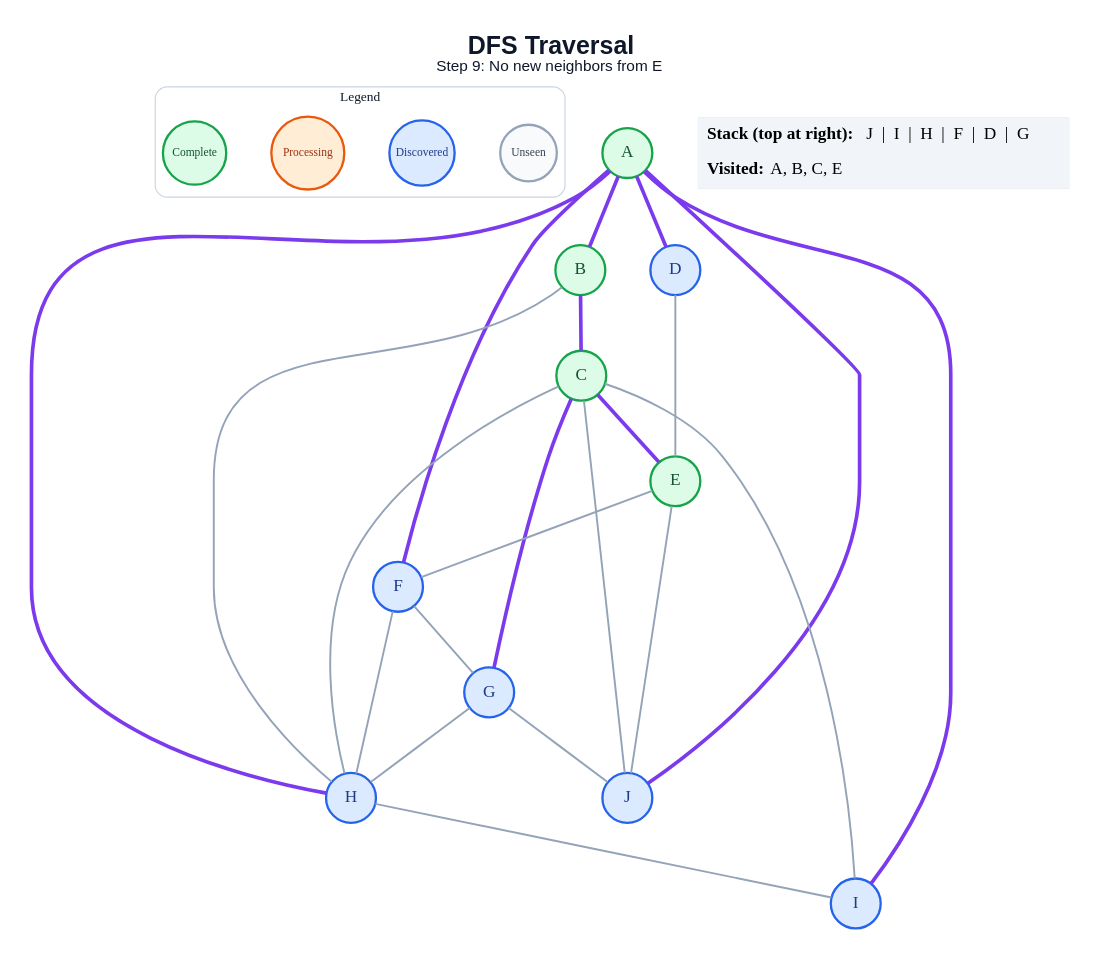
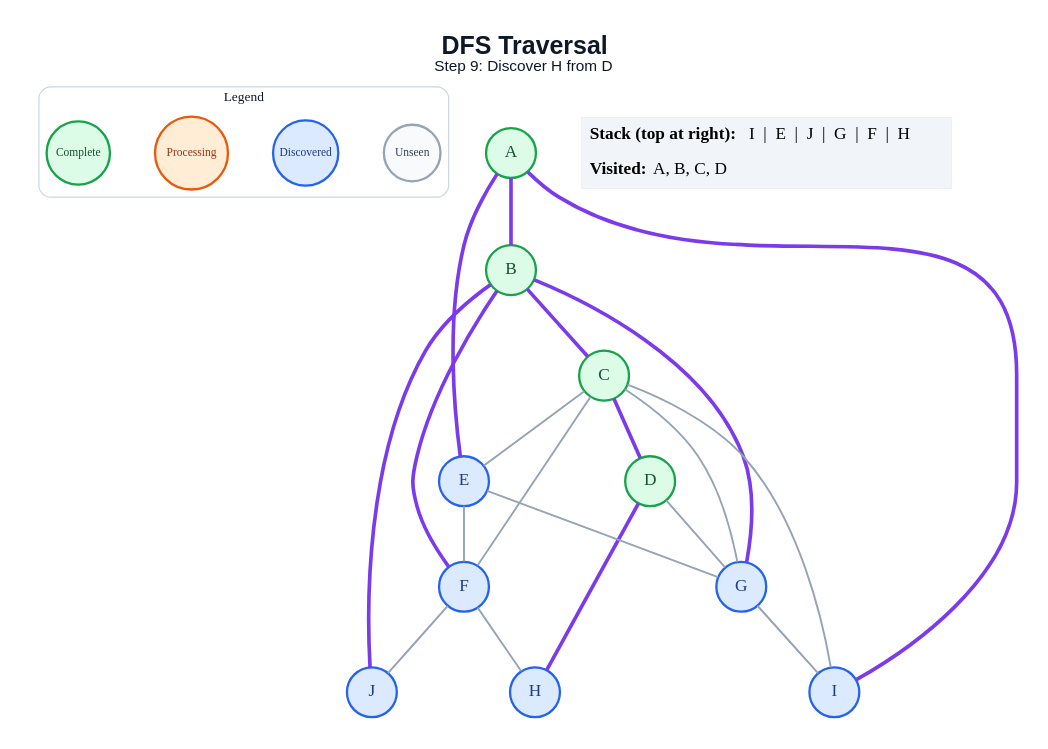
One commit to amanghodawala9/ai-slop changed the diagram in generated/dfs/step_09.dot. Above: the diagram before and after it, drawn with Graphviz. The commit also changed 178 other files, not shown here.

```diff
--- a/generated/dfs/step_09.dot
+++ b/generated/dfs/step_09.dot
@@ -1,50 +1,48 @@
 graph traversal {
   graph [layout=dot, rankdir=TB, bgcolor="#FFFFFF", pad="0.35", nodesep="0.65", ranksep="0.8", fontname="Arial"];
   node [shape=circle, style="filled", fontname="Arial Bold", fontsize=18, width=0.72, fixedsize=true, penwidth=2.4];
   edge [color="#94A3B8", penwidth=2.0];
-  label=<<B>DFS Traversal</B><BR/><FONT POINT-SIZE="16">Step 9: No new neighbors from E</FONT>>; labelloc="t"; fontsize=26; fontname="Arial"; fontcolor="#0F172A";
+  label=<<B>DFS Traversal</B><BR/><FONT POINT-SIZE="16">Step 9: Discover H from D</FONT>>; labelloc="t"; fontsize=26; fontname="Arial"; fontcolor="#0F172A";
   subgraph cluster_legend { label="Legend"; color="#CBD5E1"; penwidth=1.2; style="rounded"; fontsize=14; fontname="Arial Bold";
     key_unseen [label="Unseen", fillcolor="#F8FAFC", color="#94A3B8", fontcolor="#334155", fontsize=12, width=0.82];
     key_frontier [label="Discovered", fillcolor="#DBEAFE", color="#2563EB", fontcolor="#1E3A8A", fontsize=12, width=0.95];
     key_current [label="Processing", fillcolor="#FFEDD5", color="#EA580C", fontcolor="#9A3412", fontsize=12, width=1.05];
     key_done [label="Complete", fillcolor="#DCFCE7", color="#16A34A", fontcolor="#14532D", fontsize=12, width=0.92];
     { rank=same; key_unseen; key_frontier; key_current; key_done; }
   }
   A [fillcolor="#DCFCE7", color="#16A34A", fontcolor="#14532D"];
   B [fillcolor="#DCFCE7", color="#16A34A", fontcolor="#14532D"];
   C [fillcolor="#DCFCE7", color="#16A34A", fontcolor="#14532D"];
-  D [fillcolor="#DBEAFE", color="#2563EB", fontcolor="#1E3A8A"];
-  E [fillcolor="#DCFCE7", color="#16A34A", fontcolor="#14532D"];
+  D [fillcolor="#DCFCE7", color="#16A34A", fontcolor="#14532D"];
+  E [fillcolor="#DBEAFE", color="#2563EB", fontcolor="#1E3A8A"];
   F [fillcolor="#DBEAFE", color="#2563EB", fontcolor="#1E3A8A"];
   G [fillcolor="#DBEAFE", color="#2563EB", fontcolor="#1E3A8A"];
   H [fillcolor="#DBEAFE", color="#2563EB", fontcolor="#1E3A8A"];
   I [fillcolor="#DBEAFE", color="#2563EB", fontcolor="#1E3A8A"];
   J [fillcolor="#DBEAFE", color="#2563EB", fontcolor="#1E3A8A"];
   A -- B [color="#7C3AED", penwidth=3.8];
-  A -- D [color="#7C3AED", penwidth=3.8];
-  A -- F [color="#7C3AED", penwidth=3.8];
-  A -- H [color="#7C3AED", penwidth=3.8];
+  A -- E [color="#7C3AED", penwidth=3.8];
   A -- I [color="#7C3AED", penwidth=3.8];
-  A -- J [color="#7C3AED", penwidth=3.8];
   B -- C [color="#7C3AED", penwidth=3.8];
-  B -- H;
-  C -- E [color="#7C3AED", penwidth=3.8];
-  C -- G [color="#7C3AED", penwidth=3.8];
-  C -- H;
+  B -- F [color="#7C3AED", penwidth=3.8];
+  B -- G [color="#7C3AED", penwidth=3.8];
+  B -- J [color="#7C3AED", penwidth=3.8];
+  C -- D [color="#7C3AED", penwidth=3.8];
+  C -- E;
+  C -- F;
+  C -- G;
   C -- I;
-  C -- J;
-  D -- E;
+  D -- G;
+  D -- H [color="#7C3AED", penwidth=3.8];
   E -- F;
-  E -- J;
-  F -- G;
+  E -- G;
   F -- H;
-  G -- H;
-  G -- J;
-  H -- I;
+  F -- J;
+  G -- I;
   status [shape=plain, fixedsize=false, width=0, height=0, margin=0, label=<
     <TABLE BORDER="0" CELLBORDER="0" CELLPADDING="7" BGCOLOR="#F1F5F9">
-      <TR><TD ALIGN="LEFT"><B>Stack (top at right):</B> J  |  I  |  H  |  F  |  D  |  G</TD></TR>
-      <TR><TD ALIGN="LEFT"><B>Visited:</B> A, B, C, E</TD></TR>
+      <TR><TD ALIGN="LEFT"><B>Stack (top at right):</B> I  |  E  |  J  |  G  |  F  |  H</TD></TR>
+      <TR><TD ALIGN="LEFT"><B>Visited:</B> A, B, C, D</TD></TR>
     </TABLE>
   >];
 }
```
